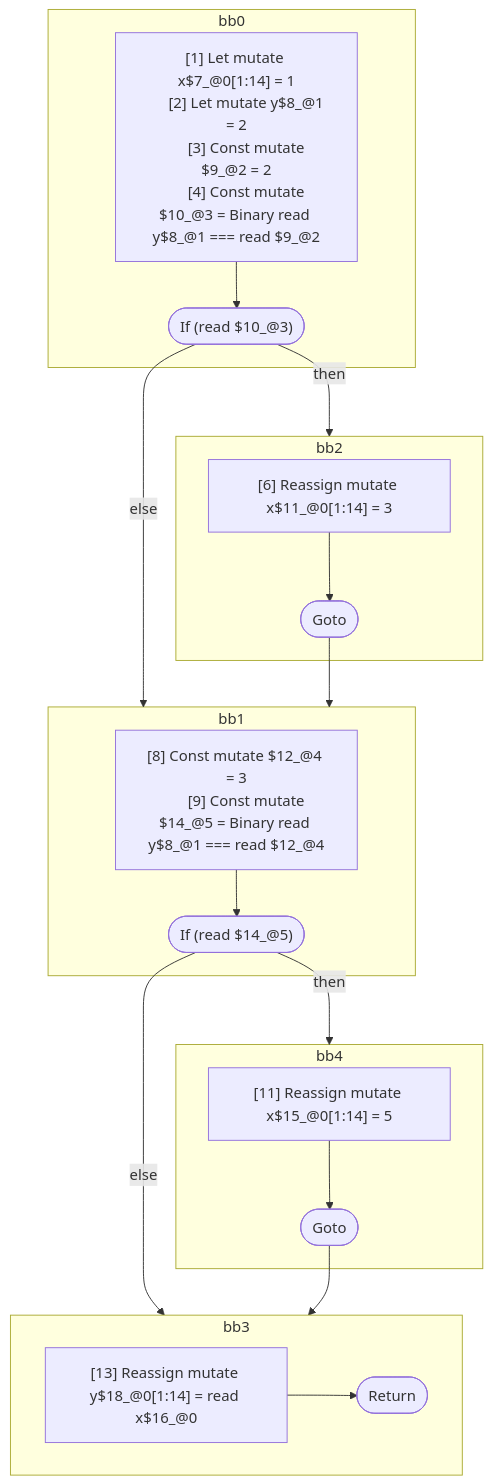
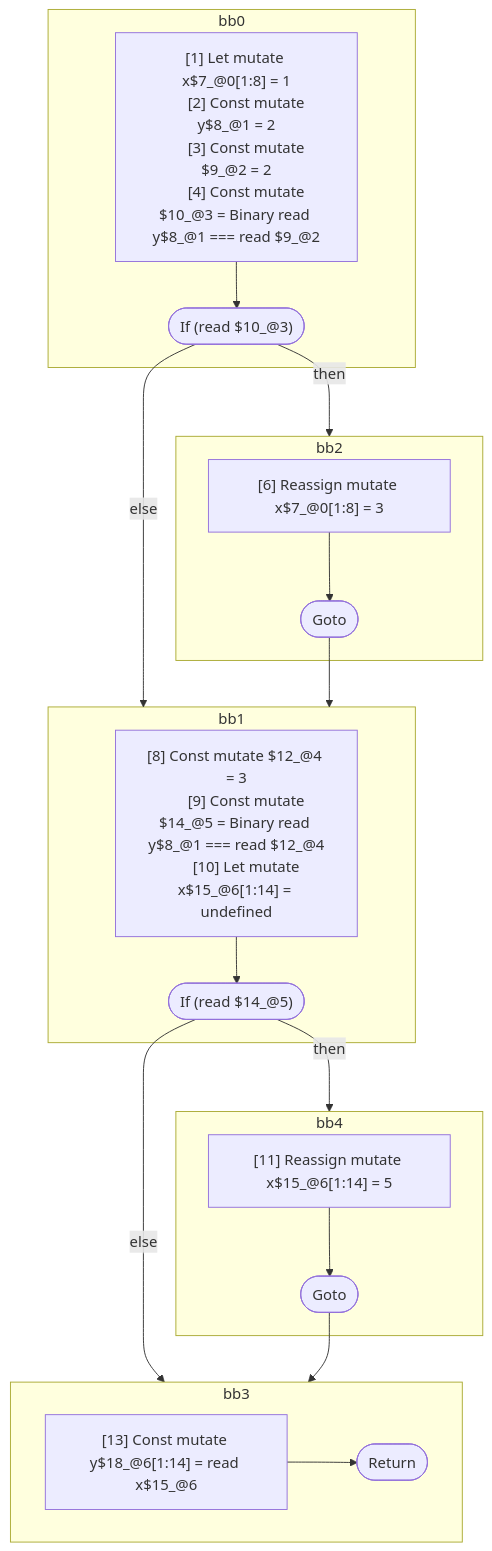
The diagram in compiler/forget/src/__tests__/fixtures/hir/ssa-complex-multiple-if.expect.md (wutsmog/private), drawn with Mermaid before and after one commit. The commit also changed other lines of this file and 61 other files, not shown here.

````diff
--- a/compiler/forget/src/__tests__/fixtures/hir/ssa-complex-multiple-if.expect.md
+++ b/compiler/forget/src/__tests__/fixtures/hir/ssa-complex-multiple-if.expect.md
@@ -58,47 +57,48 @@
 ```mermaid
 flowchart TB
   %% Basic Blocks
   subgraph bb0
     bb0_instrs["
-      [1] Let mutate x$7_@0[1:14] = 1
-      [2] Let mutate y$8_@1 = 2
+      [1] Let mutate x$7_@0[1:8] = 1
+      [2] Const mutate y$8_@1 = 2
       [3] Const mutate $9_@2 = 2
       [4] Const mutate $10_@3 = Binary read y$8_@1 === read $9_@2
     "]
     bb0_instrs --> bb0_terminal(["If (read $10_@3)"])
   end
   subgraph bb2
     bb2_instrs["
-      [6] Reassign mutate x$11_@0[1:14] = 3
+      [6] Reassign mutate x$7_@0[1:8] = 3
     "]
     bb2_instrs --> bb2_terminal(["Goto"])
   end
   subgraph bb1
     bb1_instrs["
       [8] Const mutate $12_@4 = 3
       [9] Const mutate $14_@5 = Binary read y$8_@1 === read $12_@4
+      [10] Let mutate x$15_@6[1:14] = undefined
     "]
     bb1_instrs --> bb1_terminal(["If (read $14_@5)"])
   end
   subgraph bb4
     bb4_instrs["
-      [11] Reassign mutate x$15_@0[1:14] = 5
+      [11] Reassign mutate x$15_@6[1:14] = 5
     "]
     bb4_instrs --> bb4_terminal(["Goto"])
   end
   subgraph bb3
     bb3_instrs["
-      [13] Reassign mutate y$18_@0[1:14] = read x$16_@0
+      [13] Const mutate y$18_@6[1:14] = read x$15_@6
     "]
     bb3_instrs --> bb3_terminal(["Return"])
   end
 
   %% Jumps
   bb0_terminal -- "then" --> bb2
   bb0_terminal -- "else" --> bb1
   bb2_terminal --> bb1
   bb1_terminal -- "then" --> bb4
   bb1_terminal -- "else" --> bb3
   bb4_terminal --> bb3
 
 ```
````
